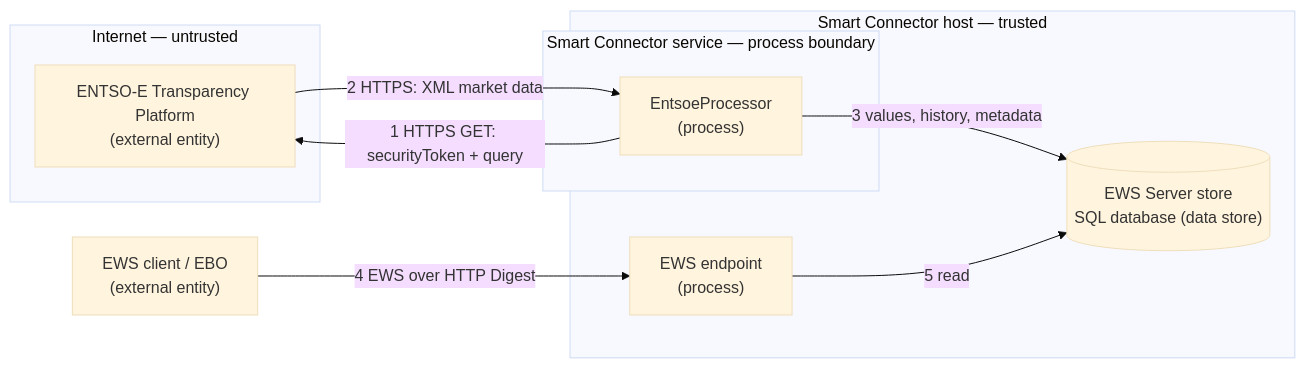
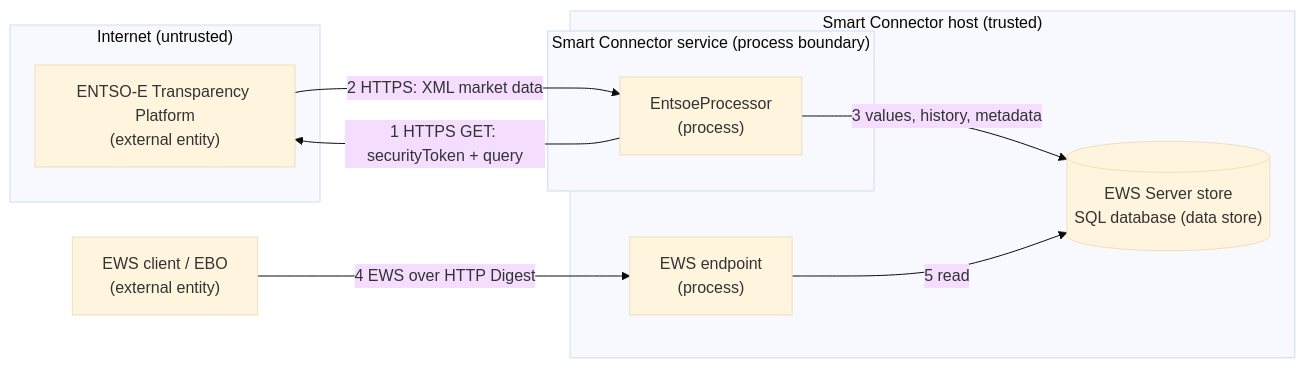
The diagram in examples/SmartConnector.EntsoeExtension/SECURITY.md (SchneiderElectricBuildings/SmartConnector), drawn with Mermaid (base theme) before and after one commit. The commit also changed other lines of this file and 26 other files, not shown here.

````diff
--- a/examples/SmartConnector.EntsoeExtension/SECURITY.md
+++ b/examples/SmartConnector.EntsoeExtension/SECURITY.md
@@ -98,20 +98,20 @@
 ```mermaid
 flowchart LR
-    subgraph inet["Internet — untrusted"]
+    subgraph inet["Internet (untrusted)"]
         API["ENTSO-E Transparency Platform<br/>(external entity)"]
     end
-    subgraph host["Smart Connector host — trusted"]
-        subgraph svc["Smart Connector service — process boundary"]
+    subgraph host["Smart Connector host (trusted)"]
+        subgraph svc["Smart Connector service (process boundary)"]
             P["EntsoeProcessor<br/>(process)"]
         end
         DB[("EWS Server store<br/>SQL database (data store)")]
         EWS["EWS endpoint<br/>(process)"]
     end
     EBO["EWS client / EBO<br/>(external entity)"]
 
     P -->|"1 HTTPS GET: securityToken + query"| API
     API -->|"2 HTTPS: XML market data"| P
     P -->|"3 values, history, metadata"| DB
     EWS -->|"5 read"| DB
     EBO -->|"4 EWS over HTTP Digest"| EWS
 ```
````
